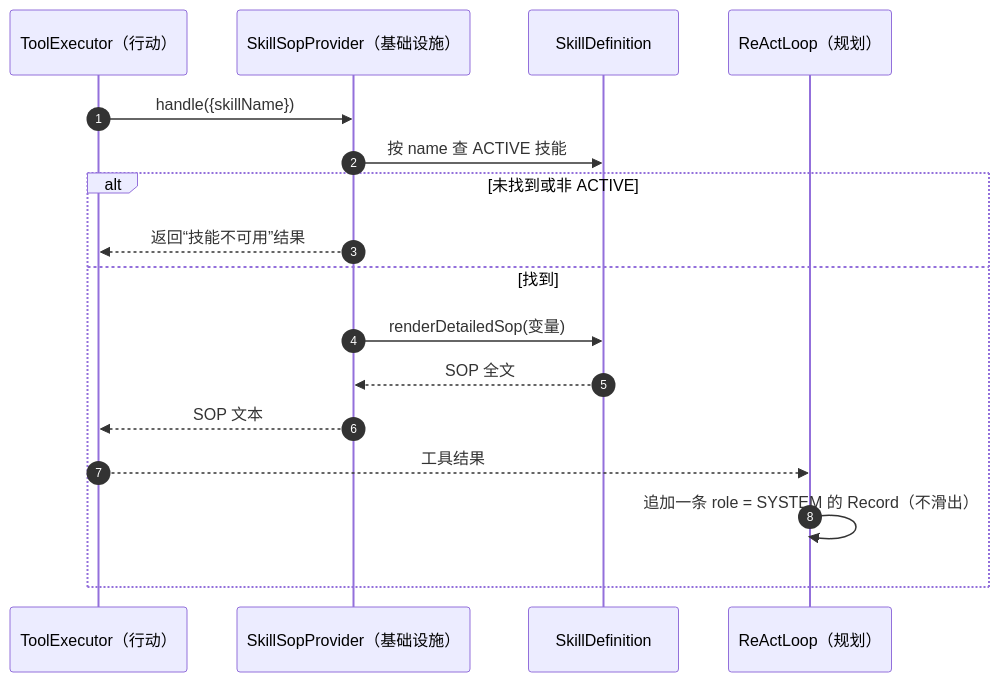
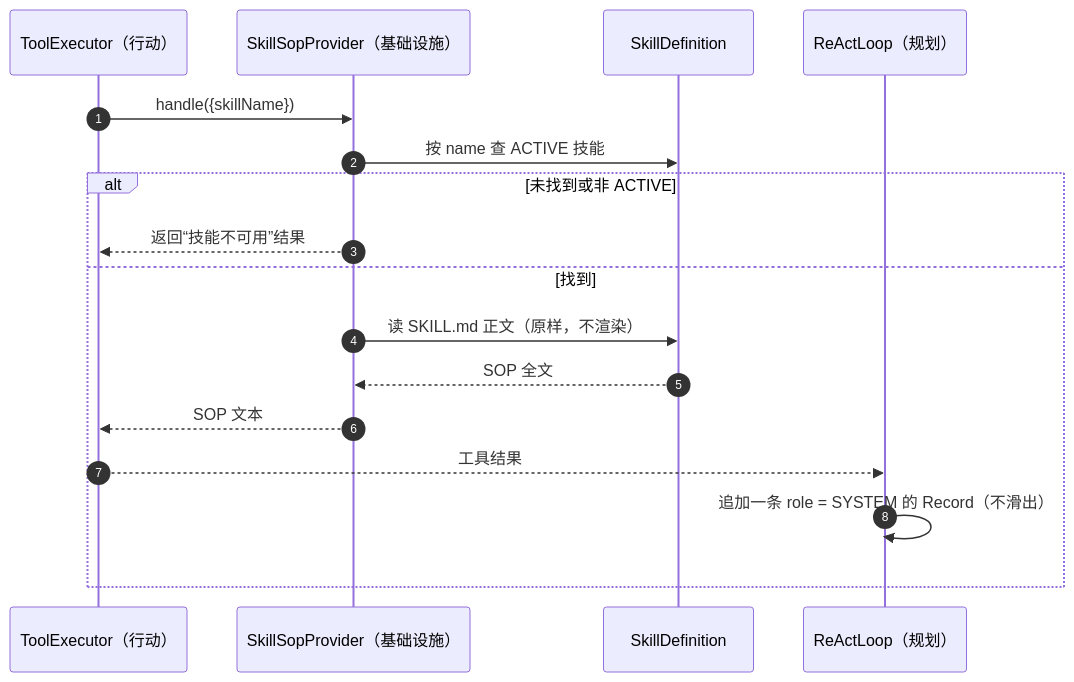
One commit to zcd0831/Jellyfish-Docs changed the sixth of 8 diagrams in model/模块-记忆.md. Above: the diagram before and after it, drawn with Mermaid. The commit also changed other lines of this file and 16 other files, not shown here.

````diff
--- a/model/模块-记忆.md
+++ b/model/模块-记忆.md
@@ -465,20 +488,20 @@
 ```mermaid
 sequenceDiagram
     autonumber
     participant TE as ToolExecutor（行动）
     participant L as SkillSopProvider（基础设施）
     participant SK as SkillDefinition
     participant IL as ReActLoop（规划）
 
     TE->>L: handle({skillName})
     L->>SK: 按 name 查 ACTIVE 技能
     alt 未找到或非 ACTIVE
         L-->>TE: 返回“技能不可用”结果
     else 找到
-        L->>SK: renderDetailedSop(变量)
+        L->>SK: 读 SKILL.md 正文（原样，不渲染）
         SK-->>L: SOP 全文
         L-->>TE: SOP 文本
         TE-->>IL: 工具结果
         IL->>IL: 追加一条 role = SYSTEM 的 Record（不滑出）
     end
 ```
````
